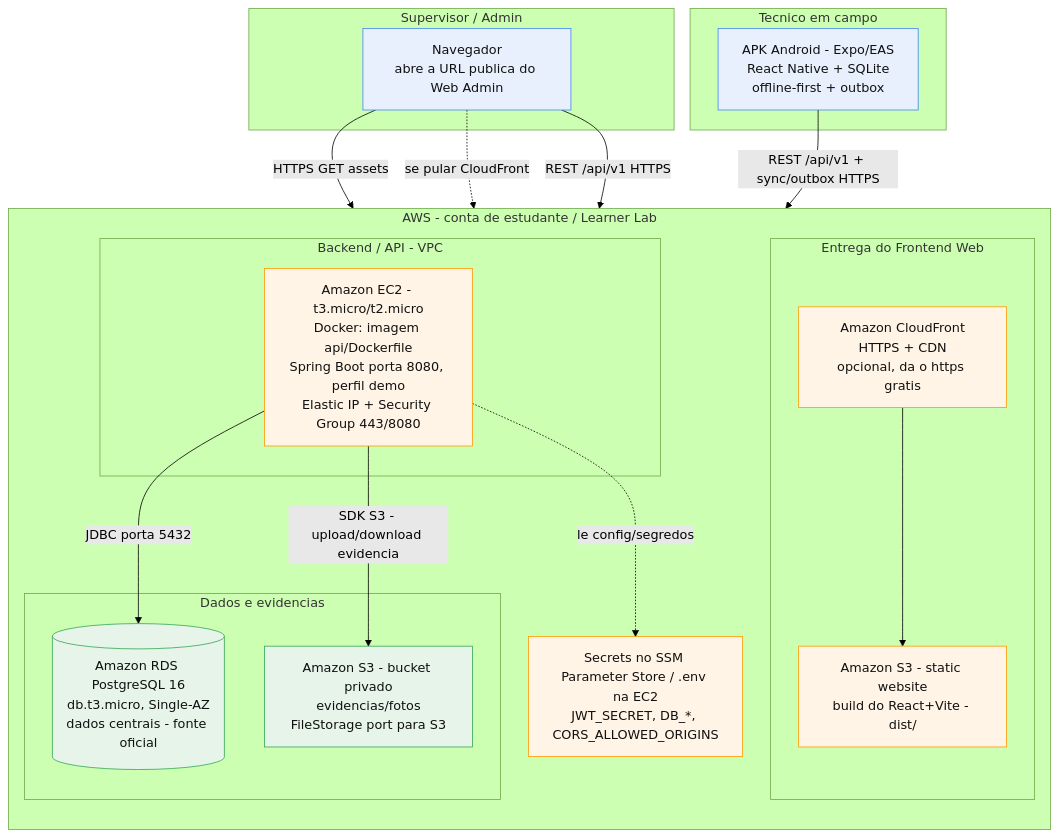
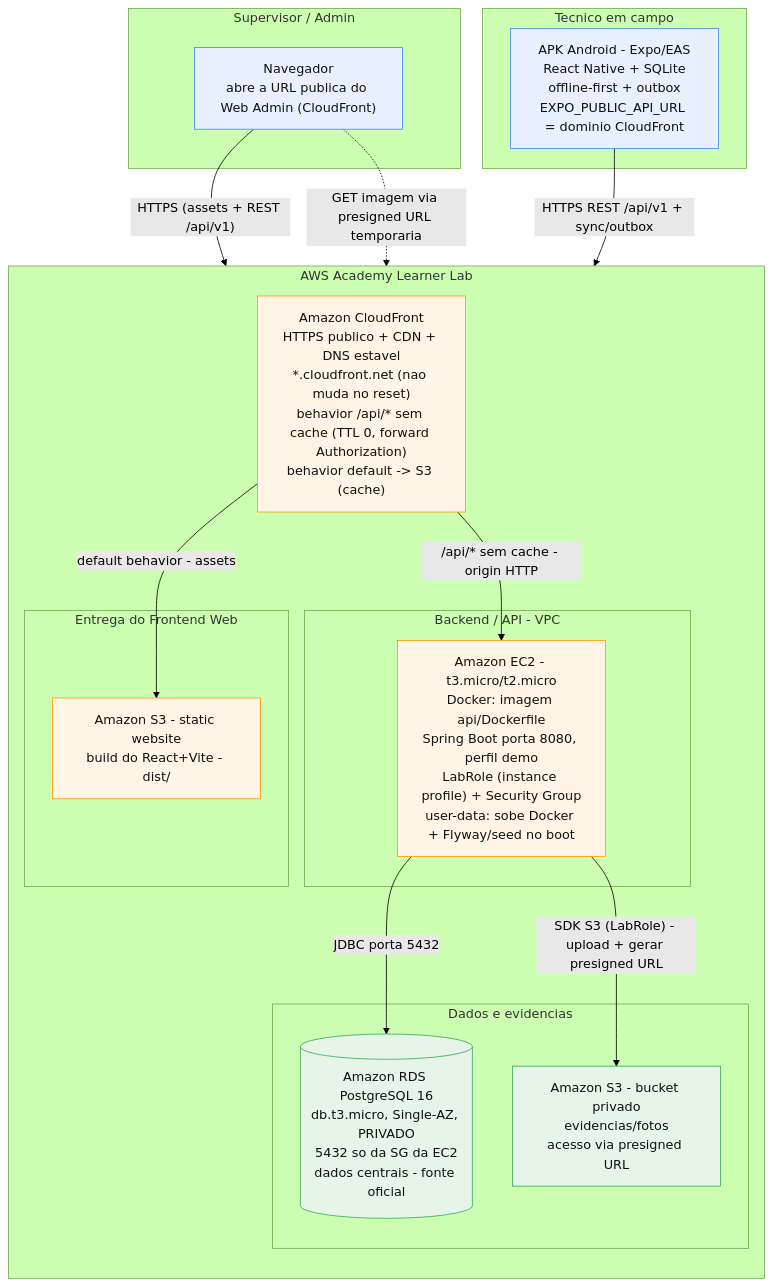
One commit to NataliaNogueira1/404NOTFOUND_Field_Ops changed the diagram in docs/arquitetura/arquitetura-aws.md. Above: the diagram before and after it, drawn with Mermaid (forest theme). The commit also changed other lines of this file, not shown here.

Commit message:
📝 docs: record AWS architecture decisions for Learner Lab

````diff
--- a/docs/arquitetura/arquitetura-aws.md
+++ b/docs/arquitetura/arquitetura-aws.md
@@ -23,48 +34,46 @@
 ```mermaid
 flowchart TB
     subgraph campo["Tecnico em campo"]
-        apk["APK Android - Expo/EAS<br/>React Native + SQLite<br/>offline-first + outbox"]
+        apk["APK Android - Expo/EAS<br/>React Native + SQLite<br/>offline-first + outbox<br/>EXPO_PUBLIC_API_URL = dominio CloudFront"]
     end
 
     subgraph browser["Supervisor / Admin"]
-        web["Navegador<br/>abre a URL publica do Web Admin"]
+        web["Navegador<br/>abre a URL publica do Web Admin (CloudFront)"]
     end
 
-    subgraph aws["AWS - conta de estudante / Learner Lab"]
+    subgraph aws["AWS Academy Learner Lab"]
         direction TB
+
+        cf["Amazon CloudFront<br/>HTTPS publico + CDN + DNS estavel<br/>*.cloudfront.net (nao muda no reset)<br/>behavior /api/* sem cache (TTL 0, forward Authorization)<br/>behavior default -> S3 (cache)"]
 
         subgraph edge["Entrega do Frontend Web"]
             s3web["Amazon S3 - static website<br/>build do React+Vite - dist/"]
-            cf["Amazon CloudFront<br/>HTTPS + CDN<br/>opcional, da o https gratis"]
         end
 
         subgraph compute["Backend / API - VPC"]
-            ec2["Amazon EC2 - t3.micro/t2.micro<br/>Docker: imagem api/Dockerfile<br/>Spring Boot porta 8080, perfil demo<br/>Elastic IP + Security Group 443/8080"]
+            ec2["Amazon EC2 - t3.micro/t2.micro<br/>Docker: imagem api/Dockerfile<br/>Spring Boot porta 8080, perfil demo<br/>LabRole (instance profile) + Security Group<br/>user-data: sobe Docker + Flyway/seed no boot"]
         end
 
         subgraph data["Dados e evidencias"]
-            rds[("Amazon RDS PostgreSQL 16<br/>db.t3.micro, Single-AZ<br/>dados centrais - fonte oficial")]
-            s3eo["Amazon S3 - bucket privado<br/>evidencias/fotos<br/>FileStorage port para S3"]
+            rds[("Amazon RDS PostgreSQL 16<br/>db.t3.micro, Single-AZ, PRIVADO<br/>5432 so da SG da EC2<br/>dados centrais - fonte oficial")]
+            s3eo["Amazon S3 - bucket privado<br/>evidencias/fotos<br/>acesso via presigned URL"]
         end
-
-        sm["Secrets no SSM Parameter Store / .env na EC2<br/>JWT_SECRET, DB_*, CORS_ALLOWED_ORIGINS"]
     end
 
-    web -->|"HTTPS GET assets"| cf
-    cf --> s3web
-    web -. "se pular CloudFront" .-> s3web
+    web -->|"HTTPS (assets + REST /api/v1)"| cf
+    apk -->|"HTTPS REST /api/v1 + sync/outbox"| cf
 
-    web -->|"REST /api/v1 HTTPS"| ec2
-    apk -->|"REST /api/v1 + sync/outbox HTTPS"| ec2
+    cf -->|"default behavior - assets"| s3web
+    cf -->|"/api/* sem cache - origin HTTP"| ec2
 
     ec2 -->|"JDBC porta 5432"| rds
-    ec2 -->|"SDK S3 - upload/download evidencia"| s3eo
-    ec2 -. "le config/segredos" .-> sm
+    ec2 -->|"SDK S3 (LabRole) - upload + gerar presigned URL"| s3eo
+    web -. "GET imagem via presigned URL temporaria" .-> s3eo
 
     classDef client fill:#e8f0fe,stroke:#4285f4,color:#111;
     classDef awsbox fill:#fff4e5,stroke:#ff9900,color:#111;
     classDef store fill:#e6f4ea,stroke:#34a853,color:#111;
     class apk,web client;
-    class ec2,s3web,cf,sm awsbox;
+    class ec2,s3web,cf awsbox;
     class rds,s3eo store;
 ```
````
